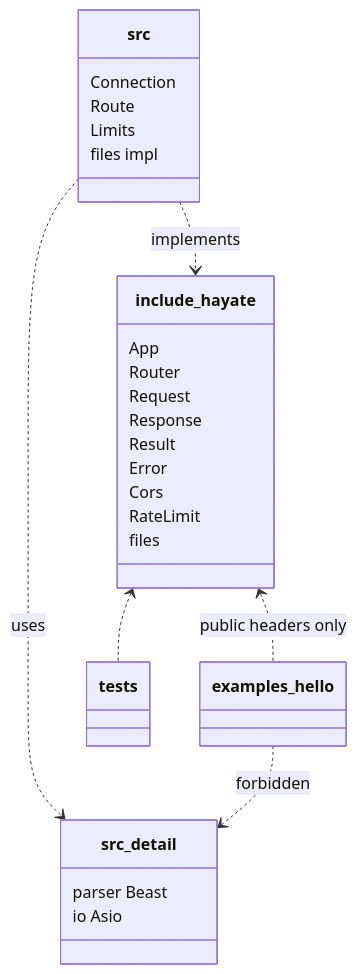
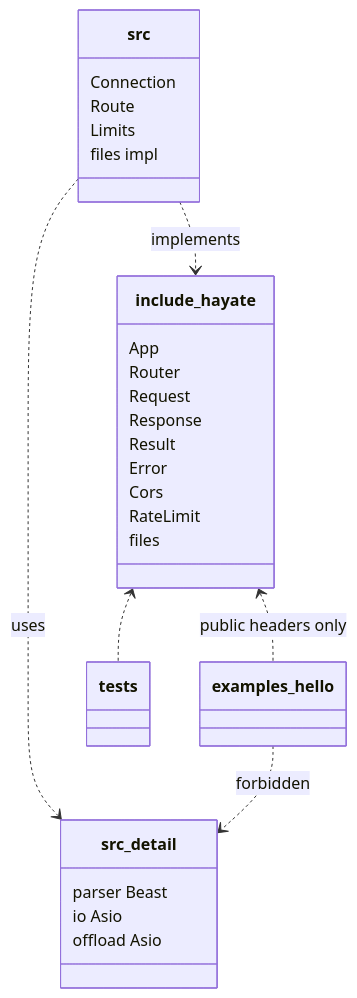
One commit to SilentMalachite/Hayate changed the second of 4 diagrams in docs/UML.md. Above: the diagram before and after it, drawn with Mermaid. The commit also changed other lines of this file and 7 other files, not shown here.

````diff
--- a/docs/UML.md
+++ b/docs/UML.md
@@ -167,32 +168,33 @@
 ```mermaid
 classDiagram
     class include_hayate {
         App
         Router
         Request
         Response
         Result
         Error
         Cors
         RateLimit
         files
     }
     class src {
         Connection
         Route
         Limits
         files impl
     }
     class src_detail {
         parser Beast
         io Asio
+        offload Asio
     }
     class examples_hello
     class tests
 
     include_hayate <.. examples_hello : public headers only
     include_hayate <.. tests
     src ..> include_hayate : implements
     src ..> src_detail : uses
     examples_hello ..> src_detail : forbidden
 ```
````
